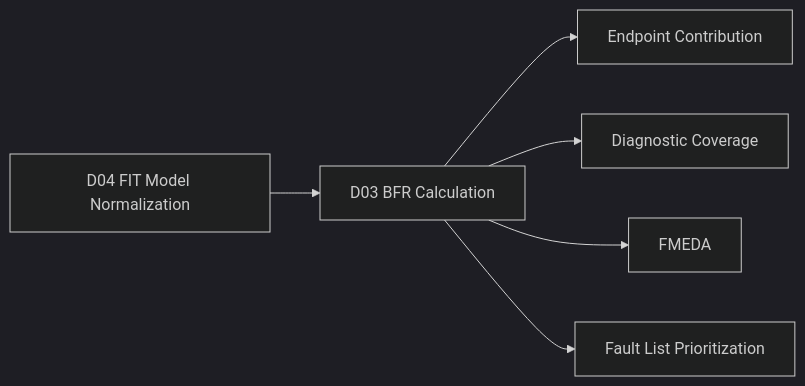
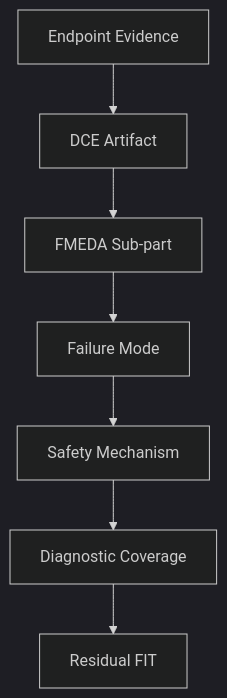
The fifth of 5 diagrams in articles/04_automotive_safeic_practice_d04_github_en_generic.md (qiqixixi1001/automotive-safeic-practice), drawn with Mermaid (dark theme) before and after one commit. The commit also changed other lines of this file, not shown here.

````diff
--- a/articles/04_automotive_safeic_practice_d04_github_en_generic.md
+++ b/articles/04_automotive_safeic_practice_d04_github_en_generic.md
@@ -1146,8 +986,9 @@
 ```mermaid
-flowchart LR
-    A[D04 FIT Model Normalization] --> B[D03 BFR Calculation]
-    B --> C[Endpoint Contribution]
-    B --> D[Diagnostic Coverage]
-    B --> E[FMEDA]
-    B --> F[Fault List Prioritization]
+flowchart TD
+    EP[Endpoint Evidence] --> DCE[DCE Artifact]
+    DCE --> SUB[FMEDA Sub-part]
+    SUB --> FM[Failure Mode]
+    FM --> SM[Safety Mechanism]
+    SM --> DC[Diagnostic Coverage]
+    DC --> RF[Residual FIT]
 ```
````
